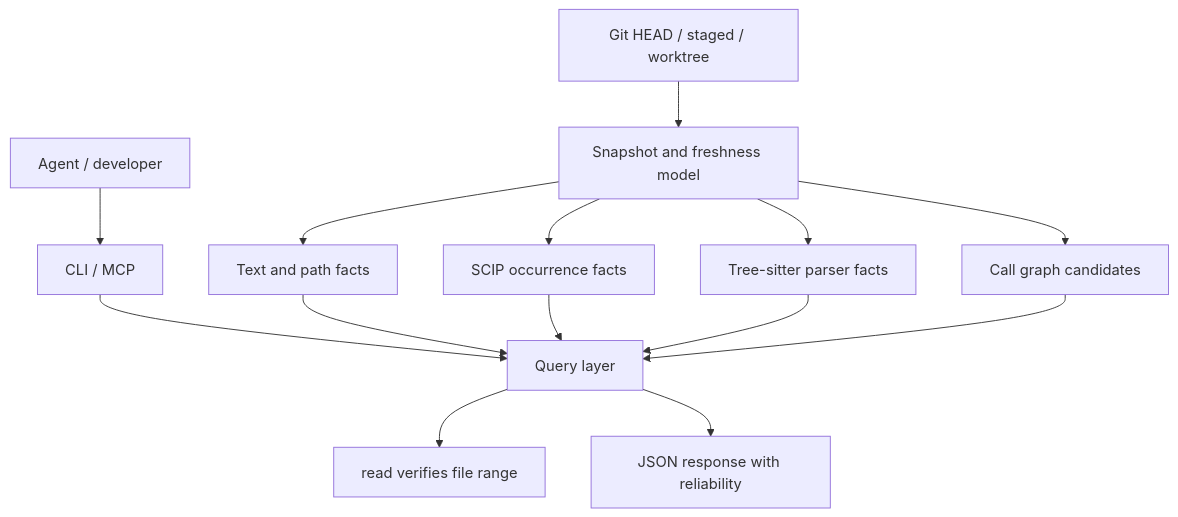
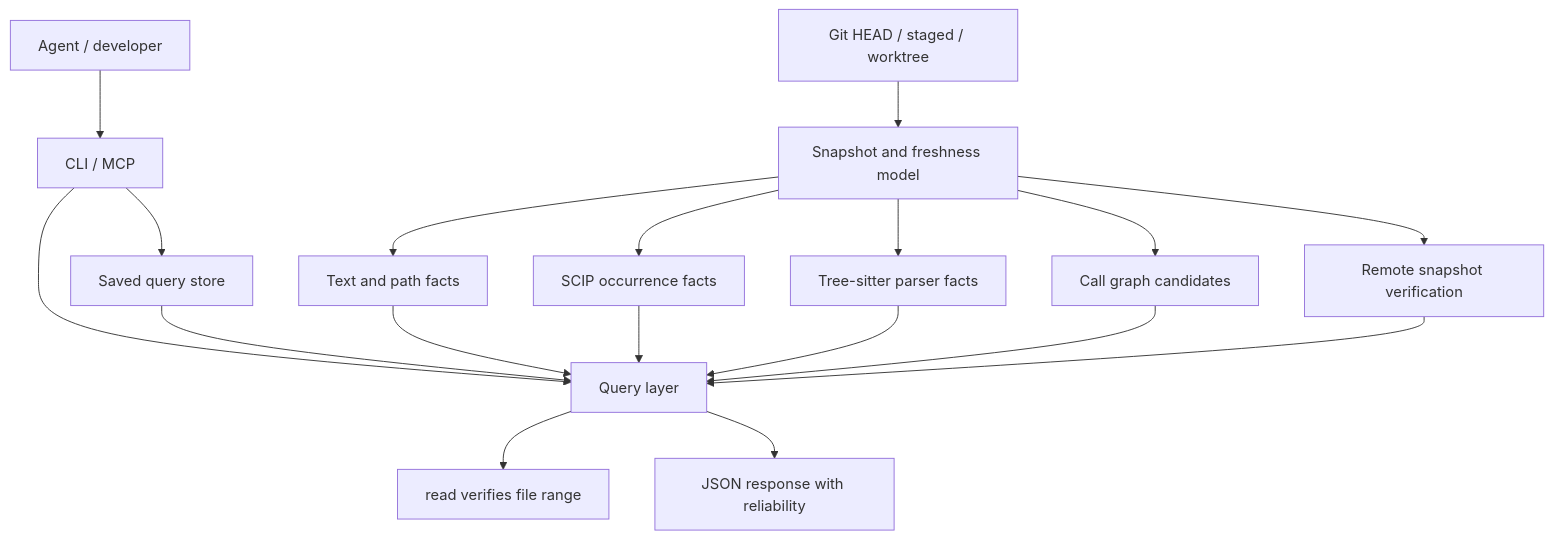
One commit to mars167/CodeTrail changed the second of 2 diagrams in docs/00-design-summary.md. Above: the diagram before and after it, drawn with Mermaid. The commit also changed other lines of this file and 4 other files, not shown here.

````diff
--- a/docs/00-design-summary.md
+++ b/docs/00-design-summary.md
@@ -45,19 +45,23 @@
 ```mermaid
 flowchart TB
   Agent["Agent / developer"] --> Entry["CLI / MCP"]
   Entry --> Query["Query layer"]
+  Entry --> Saved["Saved query store"]
 
   Git["Git HEAD / staged / worktree"] --> Snapshot["Snapshot and freshness model"]
   Snapshot --> Text["Text and path facts"]
   Snapshot --> Scip["SCIP occurrence facts"]
   Snapshot --> Parser["Tree-sitter parser facts"]
   Snapshot --> Graph["Call graph candidates"]
+  Snapshot --> Remote["Remote snapshot verification"]
 
   Text --> Query
   Scip --> Query
   Parser --> Query
   Graph --> Query
+  Remote --> Query
+  Saved --> Query
 
   Query --> Read["read verifies file range"]
   Query --> Json["JSON response with reliability"]
 ```
````
